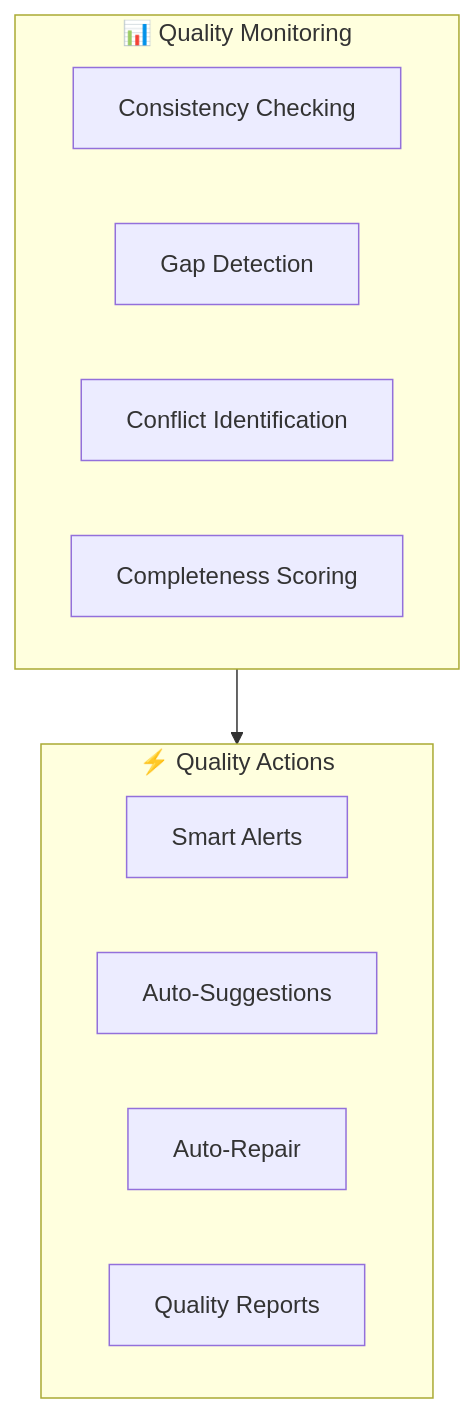
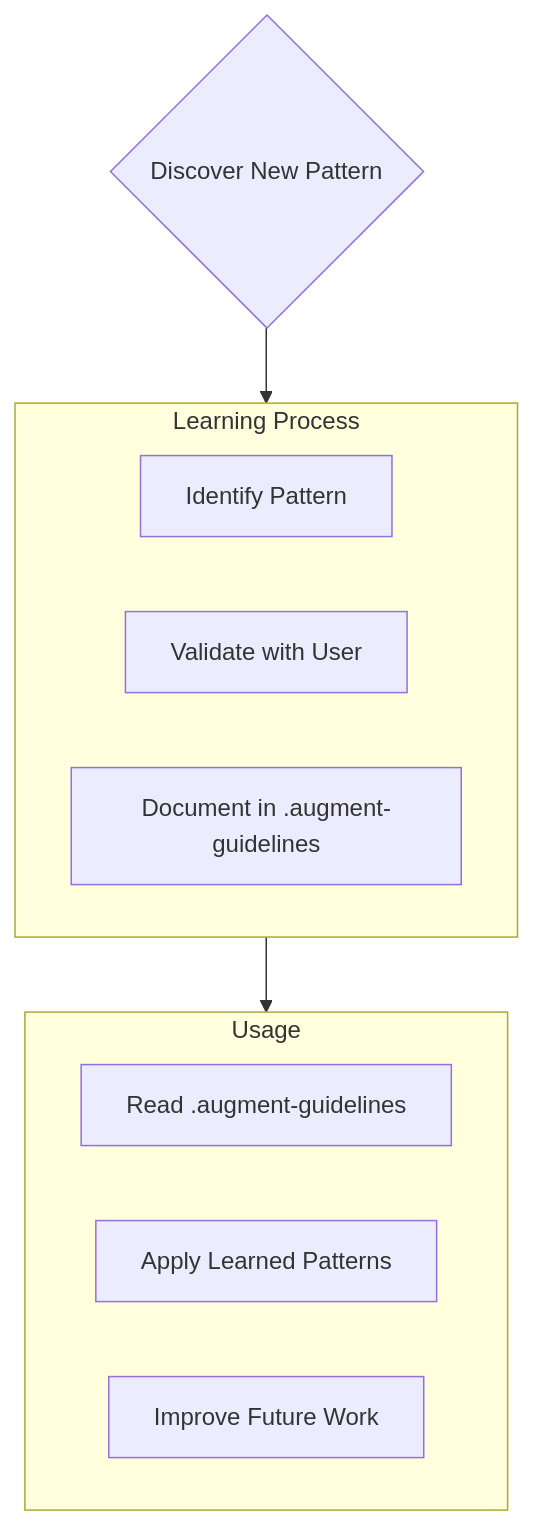
One commit to ishwar-chandra/llm-profiles-prompts changed the fifth of 5 diagrams in augment memorybank.md. Above: the diagram before and after it, drawn with Mermaid. The commit also changed other lines of this file, not shown here.

Commit message:
Update augment memorybank.md

````diff
--- a/augment memorybank.md
+++ b/augment memorybank.md
@@ -369,18 +123,19 @@
 ```mermaid
 flowchart TD
-    subgraph Monitoring ["📊 Quality Monitoring"]
-        CONSISTENCY[Consistency Checking]
-        GAPS[Gap Detection]
-        CONFLICTS[Conflict Identification]
-        COMPLETENESS[Completeness Scoring]
+    Start{Discover New Pattern}
+    
+    subgraph Learn [Learning Process]
+        D1[Identify Pattern]
+        D2[Validate with User]
+        D3[Document in .augment-guidelines]
     end
-
-    subgraph Actions ["⚡ Quality Actions"]
-        ALERT[Smart Alerts]
-        SUGGEST[Auto-Suggestions]
-        REPAIR[Auto-Repair]
-        REPORT[Quality Reports]
+    
+    subgraph Apply [Usage]
+        A1[Read .augment-guidelines]
+        A2[Apply Learned Patterns]
+        A3[Improve Future Work]
     end
-
-    Monitoring --> Actions
+    
+    Start --> Learn
+    Learn --> Apply
 ```
````
